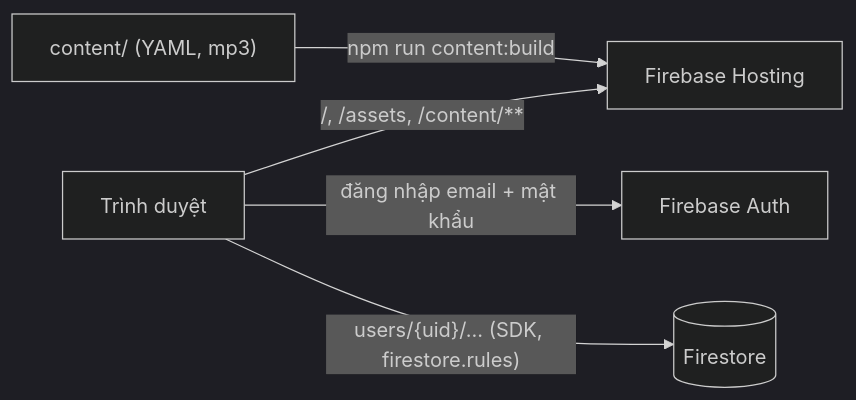
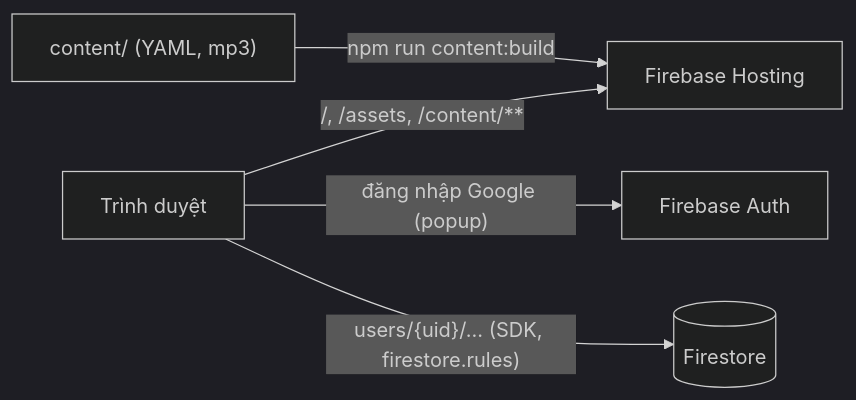
One commit to robinvh85/daily-learning changed the diagram in README.md. Above: the diagram before and after it, drawn with Mermaid (dark theme). The commit also changed other lines of this file and 19 other files, not shown here.

First line of the commit message:
feat(auth): sign in with Google instead of email and password

````diff
--- a/README.md
+++ b/README.md
@@ -10,7 +10,7 @@
 ```mermaid
 flowchart LR
   B[Trình duyệt] -->|"/, /assets, /content/**"| H[Firebase Hosting]
-  B -->|"đăng nhập email + mật khẩu"| A[Firebase Auth]
+  B -->|"đăng nhập Google (popup)"| A[Firebase Auth]
   B -->|"users/{uid}/… (SDK, firestore.rules)"| F[(Firestore)]
   C["content/ (YAML, mp3)"] -->|"npm run content:build"| H
 ```
````
